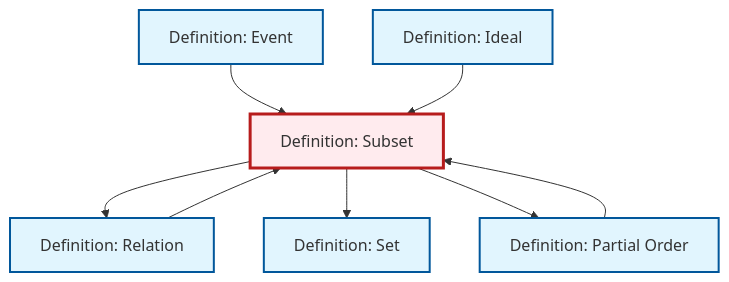
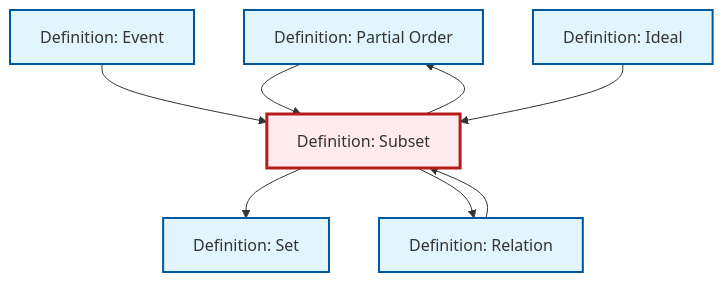
Before and after one commit to RK0429/ModernMath: the diagram in content/ja/logic-set-theory/def-subset.qmd, drawn with Mermaid. The commit also changed other lines of this file and 597 other files, not shown here.

````diff
--- a/content/ja/logic-set-theory/def-subset.qmd
+++ b/content/ja/logic-set-theory/def-subset.qmd
@@ -52,28 +52,28 @@
 ```{mermaid}
 %%| fig-cap: "Local dependency graph"
 graph TD
     classDef definition fill:#e1f5fe,stroke:#01579b,stroke-width:2px
     classDef theorem fill:#f3e5f5,stroke:#4a148c,stroke-width:2px
     classDef axiom fill:#fff3e0,stroke:#e65100,stroke-width:2px
     classDef example fill:#e8f5e9,stroke:#1b5e20,stroke-width:2px
     classDef current fill:#ffebee,stroke:#b71c1c,stroke-width:3px
+    def-partial-order["Definition: Partial Order"]:::definition
     def-subset["Definition: Subset"]:::definition
+    def-ideal["Definition: Ideal"]:::definition
+    def-set["Definition: Set"]:::definition
     def-event["Definition: Event"]:::definition
-    def-partial-order["Definition: Partial Order"]:::definition
-    def-ideal["Definition: Ideal"]:::definition
     def-relation["Definition: Relation"]:::definition
-    def-set["Definition: Set"]:::definition
+    def-subset --> def-set
+    def-relation --> def-subset
     def-subset --> def-relation
-    def-subset --> def-set
-    def-event --> def-subset
     def-subset --> def-partial-order
     def-partial-order --> def-subset
+    def-event --> def-subset
     def-ideal --> def-subset
-    def-relation --> def-subset
     class def-subset current
-    click def-event "def-event.html" "Definition: Eventへ"
     click def-partial-order "def-partial-order.html" "Definition: Partial Orderへ"
     click def-ideal "def-ideal.html" "Definition: Idealへ"
+    click def-set "def-set.html" "Definition: Setへ"
+    click def-event "def-event.html" "Definition: Eventへ"
     click def-relation "def-relation.html" "Definition: Relationへ"
-    click def-set "def-set.html" "Definition: Setへ"
 ```
````
